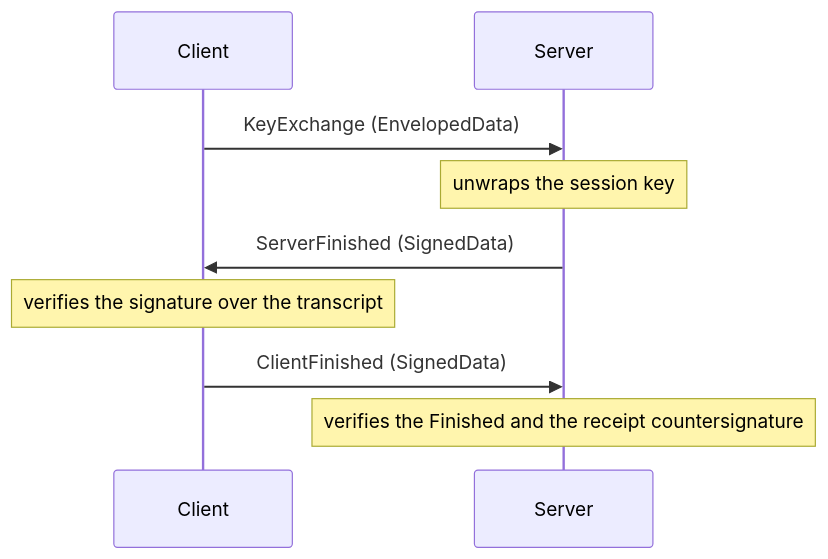
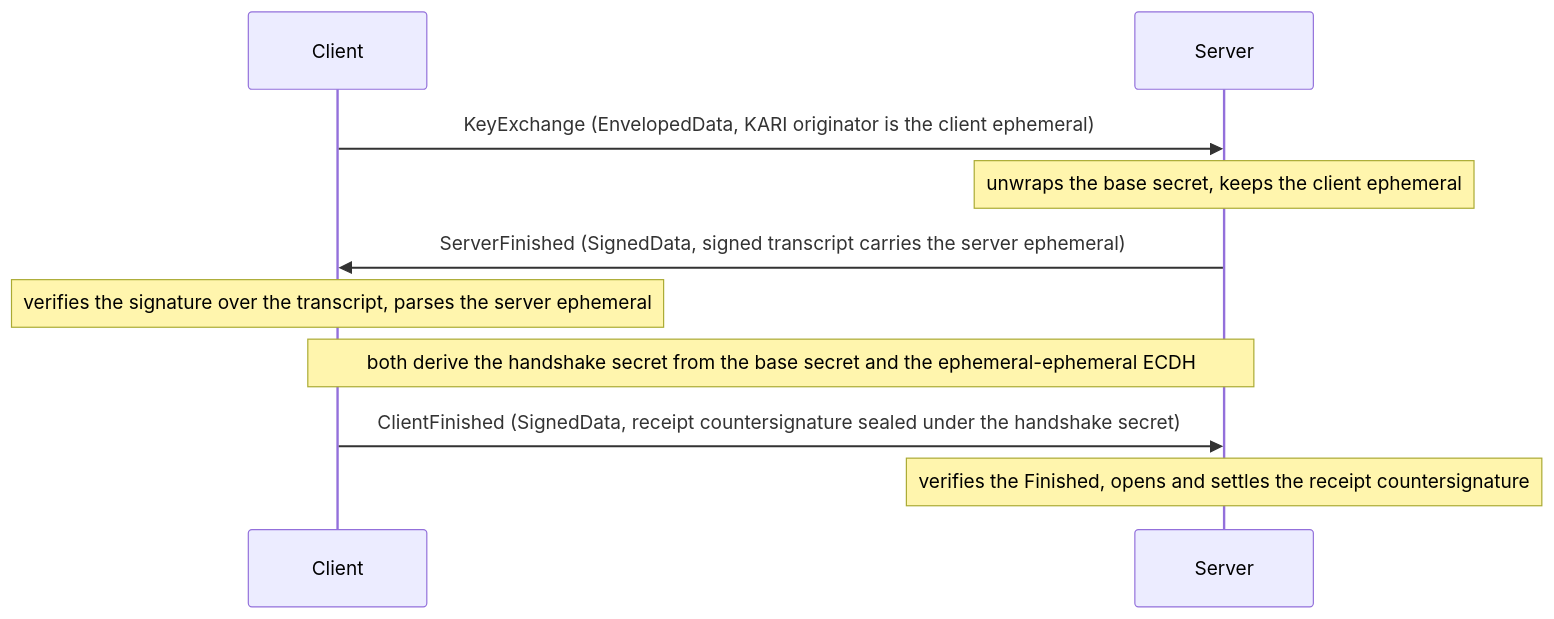
Before and after one commit to wahidgroup/tightbeam: the third of 7 diagrams in docs/handshake.md, drawn with Mermaid. The commit also changed other lines of this file and 34 other files, not shown here.

Commit message:
fix(handshake)!: forward secrecy in both handshakes

````diff
--- a/docs/handshake.md
+++ b/docs/handshake.md
@@ -98,11 +114,12 @@
 ```mermaid
 sequenceDiagram
     participant C as Client
     participant S as Server
-    C->>S: KeyExchange (EnvelopedData)
-    Note over S: unwraps the session key
-    S->>C: ServerFinished (SignedData)
-    Note over C: verifies the signature over the transcript
-    C->>S: ClientFinished (SignedData)
-    Note over S: verifies the Finished and the receipt countersignature
+    C->>S: KeyExchange (EnvelopedData, KARI originator is the client ephemeral)
+    Note over S: unwraps the base secret, keeps the client ephemeral
+    S->>C: ServerFinished (SignedData, signed transcript carries the server ephemeral)
+    Note over C: verifies the signature over the transcript, parses the server ephemeral
+    Note over C,S: both derive the handshake secret from the base secret and the ephemeral-ephemeral ECDH
+    C->>S: ClientFinished (SignedData, receipt countersignature sealed under the handshake secret)
+    Note over S: verifies the Finished, opens and settles the receipt countersignature
 ```
````
